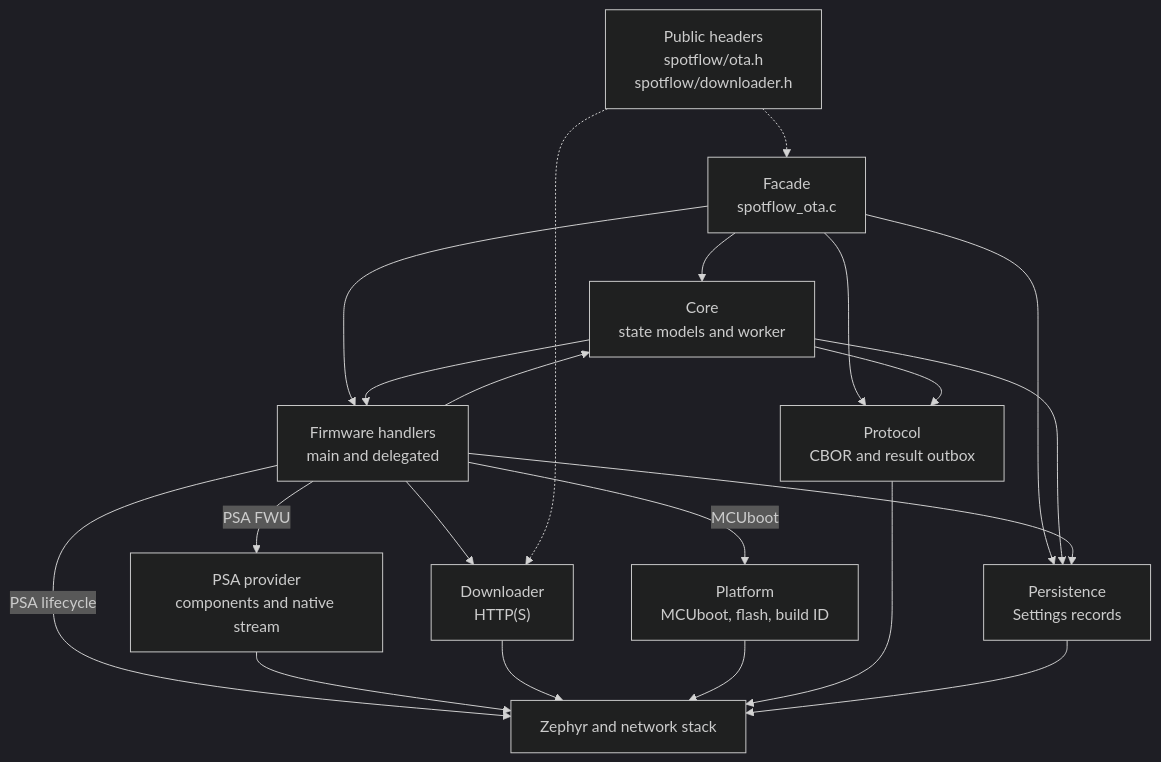
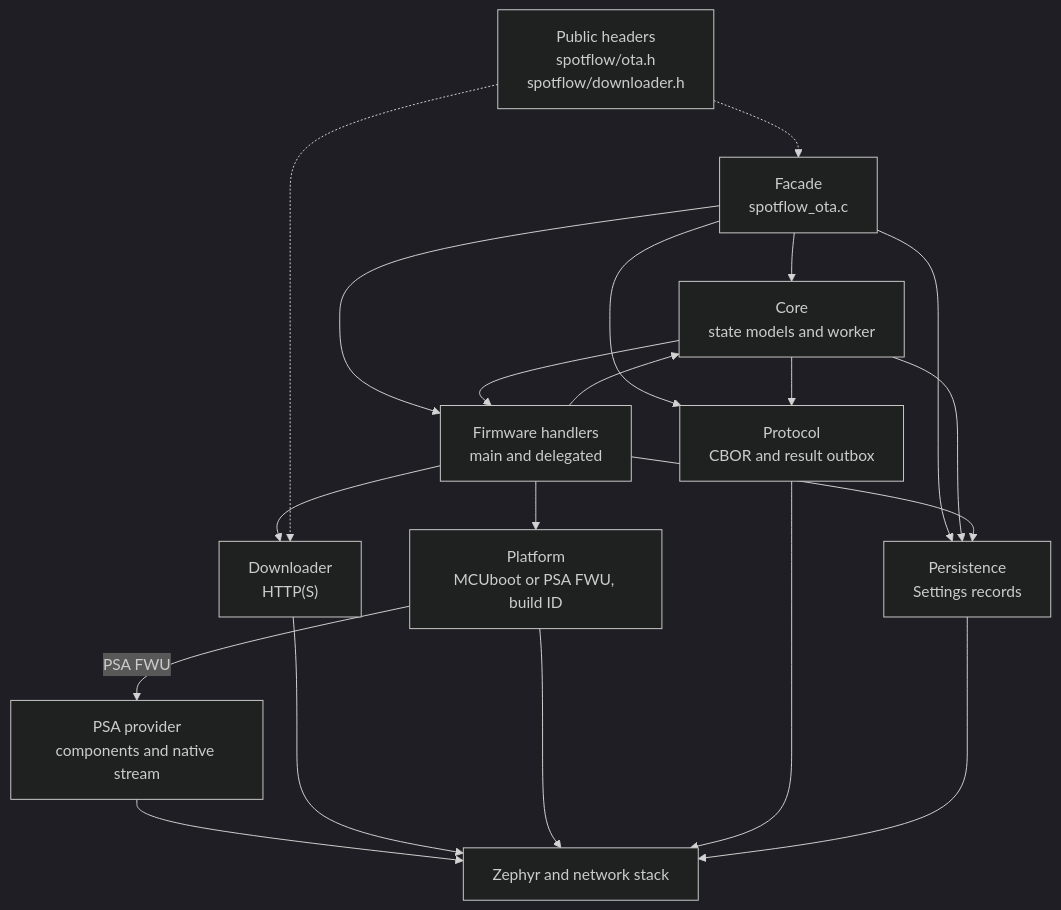
Before and after one commit to spotflow-io/device-sdk: the seventh of 11 diagrams in zephyr/docs/ota.md, drawn with Mermaid (dark theme). The commit also changed other lines of this file and 4 other files, not shown here.

````diff
--- a/zephyr/docs/ota.md
+++ b/zephyr/docs/ota.md
@@ -401,33 +401,32 @@
 ```mermaid
 flowchart TD
     facade["Facade<br/>spotflow_ota.c"]
     core["Core<br/>state models and worker"]
     protocol["Protocol<br/>CBOR and result outbox"]
     persistence["Persistence<br/>Settings records"]
     firmware["Firmware handlers<br/>main and delegated"]
     downloader["Downloader<br/>HTTP(S)"]
-    platform["Platform<br/>MCUboot, flash, build ID"]
+    platform["Platform<br/>MCUboot or PSA FWU, build ID"]
     public["Public headers<br/>spotflow/ota.h<br/>spotflow/downloader.h"]
     zephyr["Zephyr and network stack"]
 
     facade --> core
     facade --> protocol
     facade --> persistence
     facade --> firmware
     core --> protocol
     core --> persistence
     core --> firmware
     firmware --> downloader
-    firmware -->|MCUboot| platform
-    firmware -->|PSA FWU| psa["PSA provider<br/>components and native stream"]
-    firmware -->|PSA lifecycle| zephyr
+    firmware --> platform
+    platform -->|PSA FWU| psa["PSA provider<br/>components and native stream"]
     psa --> zephyr
     firmware --> persistence
     firmware --> core
     downloader --> zephyr
     platform --> zephyr
     protocol --> zephyr
     persistence --> zephyr
     public -.-> facade
     public -.-> downloader
 ```
````
